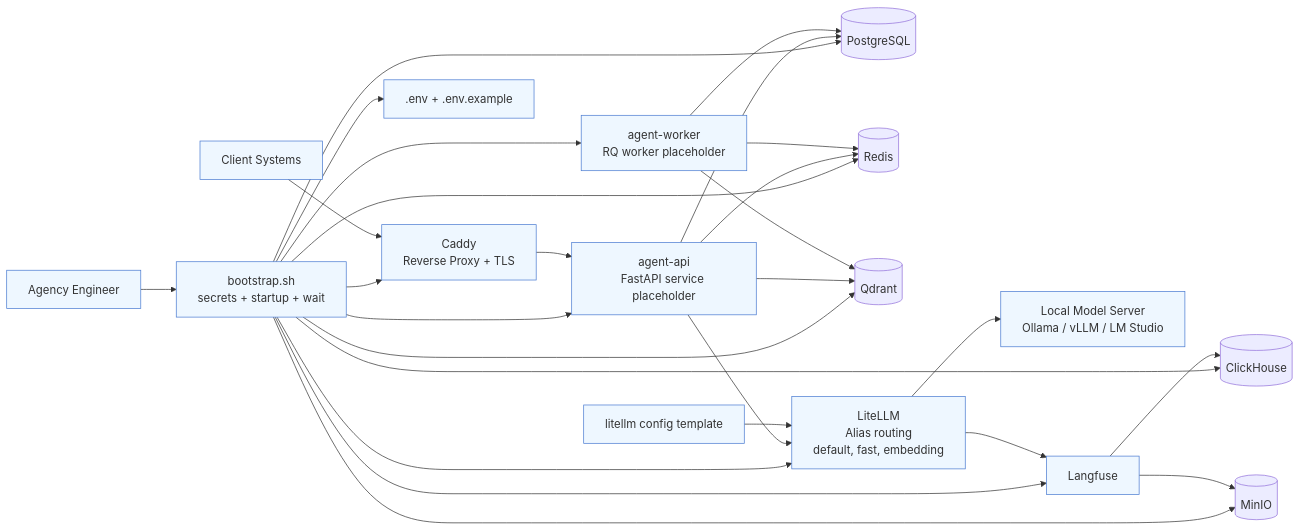
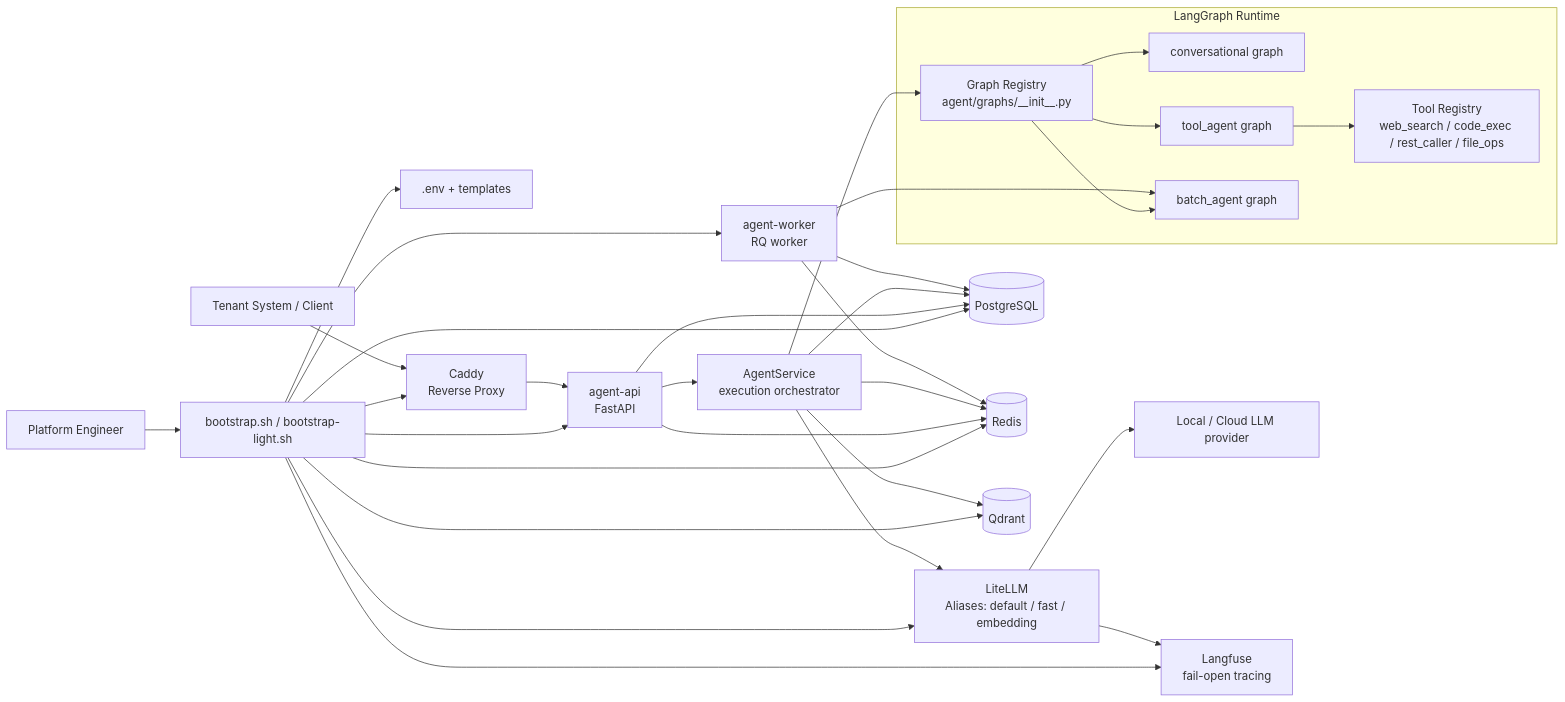
The diagram in docs/architecture.md (iron87/agent-platform), drawn with Mermaid before and after one commit. The commit also changed other lines of this file and 3 other files, not shown here.

Commit message:
feat: update README and architecture documentation with agent graph details and reconstructed ADRs

````diff
--- a/docs/architecture.md
+++ b/docs/architecture.md
@@ -7,56 +7,59 @@
 ```mermaid
 flowchart LR
-  Client[Client Systems]
-  Engineer[Agency Engineer]
+  Client[Tenant System / Client]
+  Engineer[Platform Engineer]
 
-  Caddy[Caddy\nReverse Proxy + TLS]
-  API[agent-api\nFastAPI service placeholder]
-  Worker[agent-worker\nRQ worker placeholder]
+  Bootstrap[bootstrap.sh / bootstrap-light.sh]
+  Env[.env + templates]
+  Caddy[Caddy\nReverse Proxy]
+  API[agent-api\nFastAPI]
+  Service[AgentService\nexecution orchestrator]
+  Worker[agent-worker\nRQ worker]
+
+  subgraph Runtime[LangGraph Runtime]
+    Registry[Graph Registry\nagent/graphs/__init__.py]
+    Conversational[conversational graph]
+    ToolAgent[tool_agent graph]
+    BatchAgent[batch_agent graph]
+    Tools[Tool Registry\nweb_search / code_exec / rest_caller / file_ops]
+  end
 
   Postgres[(PostgreSQL)]
   Redis[(Redis)]
   Qdrant[(Qdrant)]
+  LiteLLM[LiteLLM\nAliases: default / fast / embedding]
+  LocalLLM[Local / Cloud LLM provider]
+  Langfuse[Langfuse\nfail-open tracing]
 
-  LiteLLM[LiteLLM\nAlias routing\ndefault, fast, embedding]
-  LocalLLM[Local Model Server\nOllama / vLLM / LM Studio]
-
-  Langfuse[Langfuse]
-  ClickHouse[(ClickHouse)]
-  MinIO[(MinIO)]
-
-  Bootstrap[bootstrap.sh\nsecrets + startup + wait]
-  Env[.env + .env.example]
-  Config[litellm config template]
-
-  Engineer --> Bootstrap
-  Bootstrap --> Env
+  Engineer --> Bootstrap --> Env
   Bootstrap --> Caddy
   Bootstrap --> API
   Bootstrap --> Worker
   Bootstrap --> Postgres
   Bootstrap --> Redis
   Bootstrap --> Qdrant
   Bootstrap --> LiteLLM
   Bootstrap --> Langfuse
-  Bootstrap --> ClickHouse
-  Bootstrap --> MinIO
 
-  Client --> Caddy --> API
+  Client --> Caddy --> API --> Service
   API --> Postgres
   API --> Redis
-  API --> Qdrant
-  API --> LiteLLM
+
+  Service --> Registry
+  Registry --> Conversational
+  Registry --> ToolAgent
+  Registry --> BatchAgent
+
+  Service --> Postgres
+  Service --> Redis
+  Service --> Qdrant
+  Service --> LiteLLM
+  ToolAgent --> Tools
 
   Worker --> Redis
   Worker --> Postgres
-  Worker --> Qdrant
+  Worker --> BatchAgent
 
   LiteLLM --> LocalLLM
   LiteLLM --> Langfuse
-  Langfuse --> ClickHouse
-  Langfuse --> MinIO
-  Config --> LiteLLM
-
-  classDef edge fill:#eef7ff,stroke:#4a7bd1,stroke-width:1px;
-  class Client,Engineer,API,Worker,Caddy,LiteLLM,Langfuse,Bootstrap,Env,Config,LocalLLM edge;
 ```
````
